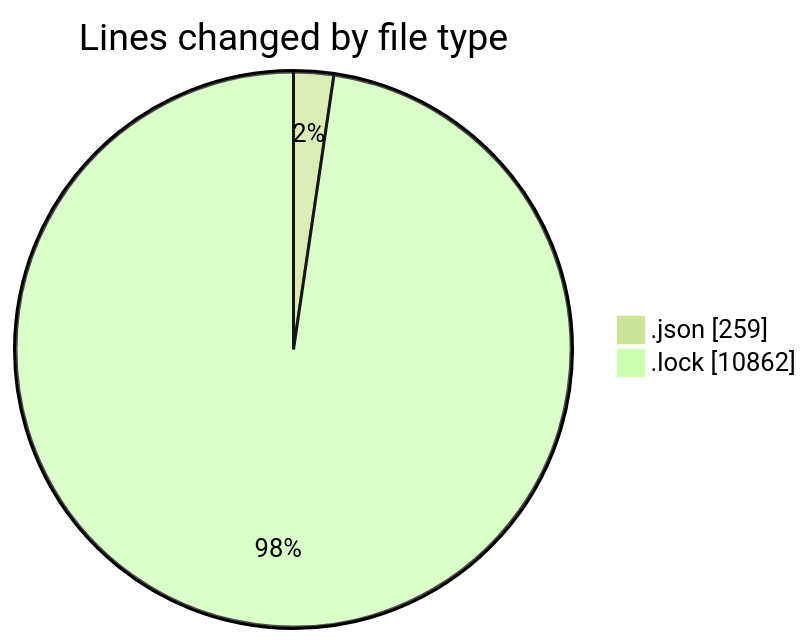
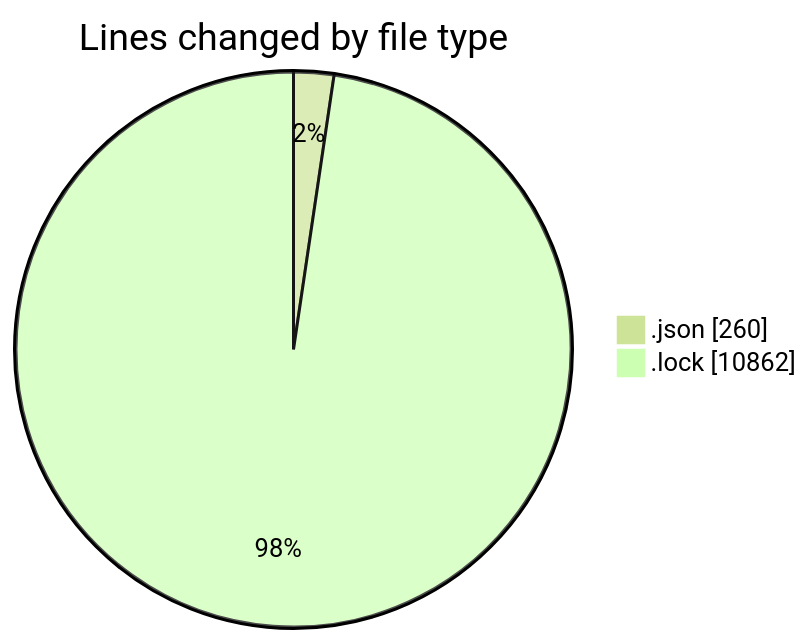
Before and after one commit to momahboobian/code-tracking: the first of 2 diagrams in 2026-05-18/cda/README.md, drawn with Mermaid (forest theme). The commit also changed other lines of this file and 1 other file, not shown here.

````diff
--- a/2026-05-18/cda/README.md
+++ b/2026-05-18/cda/README.md
@@ -22,6 +22,6 @@
 ```mermaid
 pie showData
 title Lines changed by file type
-".json" : 259
+".json" : 260
 ".lock" : 10862
 ```
````
